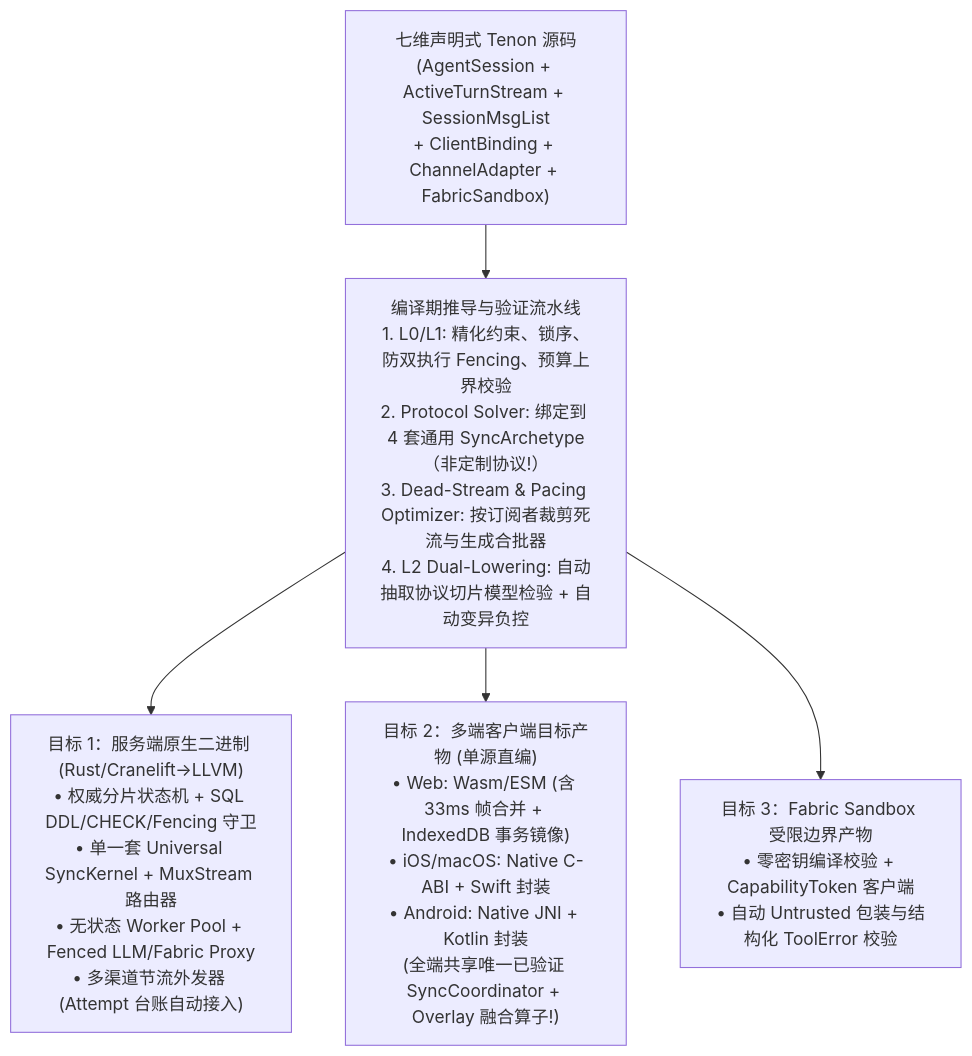
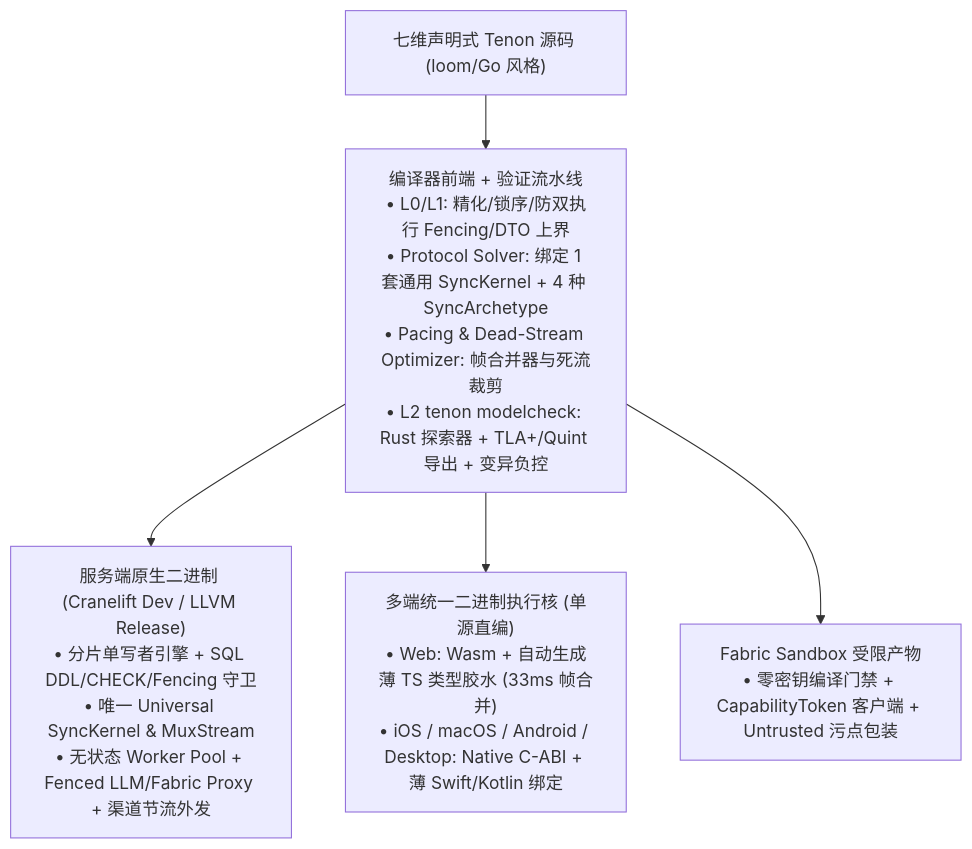
The diagram in docs/07-dast-os-rethink-and-reactive-dataflow.md (cpunion/tenon-lang), drawn with Mermaid before and after one commit. The commit also changed other lines of this file and 7 other files, not shown here.

Commit message:
docs: finalize ADR-0001 with all 13 locked architecture decisions and align syntax/memory/modelcheck specs

````diff
--- a/docs/07-dast-os-rethink-and-reactive-dataflow.md
+++ b/docs/07-dast-os-rethink-and-reactive-dataflow.md
@@ -267,9 +219,8 @@
 ```mermaid
 flowchart TD
-    SPEC["七维声明式 Tenon 源码\n(AgentSession + ActiveTurnStream + SessionMsgList\n+ ClientBinding + ChannelAdapter + FabricSandbox)"]
-    SPEC --> CHECK["编译期推导与验证流水线\n1. L0/L1: 精化约束、锁序、防双执行 Fencing、预算上界校验\n2. Protocol Solver: 绑定到 4 套通用 SyncArchetype（非定制协议!）\n3. Dead-Stream & Pacing Optimizer: 按订阅者裁剪死流与生成合批器\n4. L2 Dual-Lowering: 自动抽取协议切片模型检验 + 自动变异负控"]
+    SPEC["七维声明式 Tenon 源码 (loom/Go 风格)"] --> PIPE["编译器前端 + 验证流水线\n• L0/L1: 精化/锁序/防双执行 Fencing/DTO 上界\n• Protocol Solver: 绑定 1 套通用 SyncKernel + 4 种 SyncArchetype\n• Pacing & Dead-Stream Optimizer: 帧合并器与死流裁剪\n• L2 tenon modelcheck: Rust 探索器 + TLA+/Quint 导出 + 变异负控"]
 
-    CHECK --> T_SRV["目标 1：服务端原生二进制 (Rust/Cranelift→LLVM)\n• 权威分片状态机 + SQL DDL/CHECK/Fencing 守卫\n• 单一套 Universal SyncKernel + MuxStream 路由器\n• 无状态 Worker Pool + Fenced LLM/Fabric Proxy\n• 多渠道节流外发器 (Attempt 台账自动接入)"]
-    CHECK --> T_CLI["目标 2：多端客户端目标产物 (单源直编)\n• Web: Wasm/ESM (含 33ms 帧合并 + IndexedDB 事务镜像)\n• iOS/macOS: Native C-ABI + Swift 封装\n• Android: Native JNI + Kotlin 封装\n(全端共享唯一已验证 SyncCoordinator + Overlay 融合算子!)"]
-    CHECK --> T_SBX["目标 3：Fabric Sandbox 受限边界产物\n• 零密钥编译校验 + CapabilityToken 客户端\n• 自动 Untrusted 包装与结构化 ToolError 校验"]
+    PIPE --> SRV["服务端原生二进制 (Cranelift Dev / LLVM Release)\n• 分片单写者引擎 + SQL DDL/CHECK/Fencing 守卫\n• 唯一 Universal SyncKernel & MuxStream\n• 无状态 Worker Pool + Fenced LLM/Fabric Proxy + 渠道节流外发"]
+    PIPE --> CLI["多端统一二进制执行核 (单源直编)\n• Web: Wasm + 自动生成薄 TS 类型胶水 (33ms 帧合并)\n• iOS / macOS / Android / Desktop: Native C-ABI + 薄 Swift/Kotlin 绑定"]
+    PIPE --> SBX["Fabric Sandbox 受限产物\n• 零密钥编译门禁 + CapabilityToken 客户端 + Untrusted 污点包装"]
 ```
````
